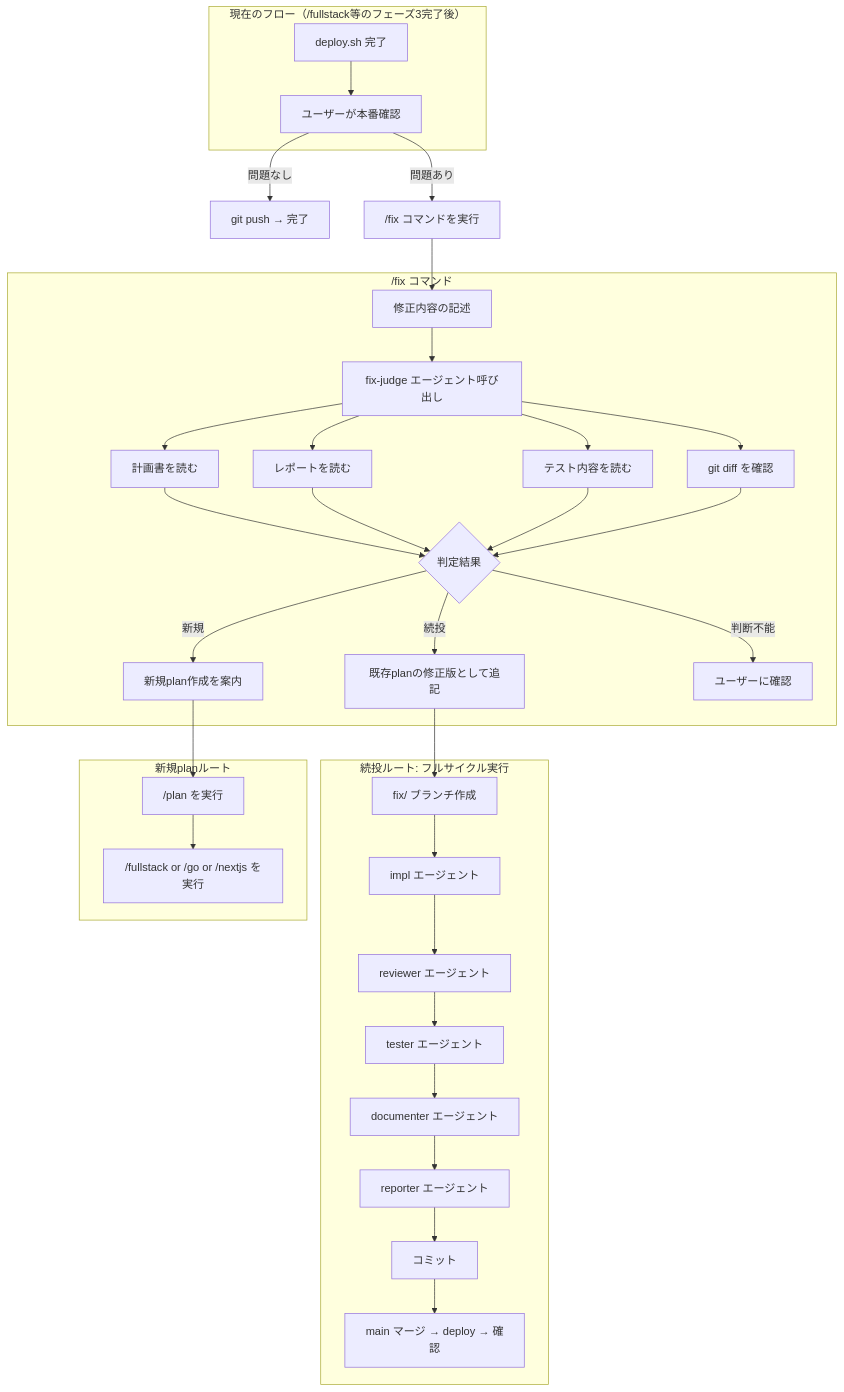
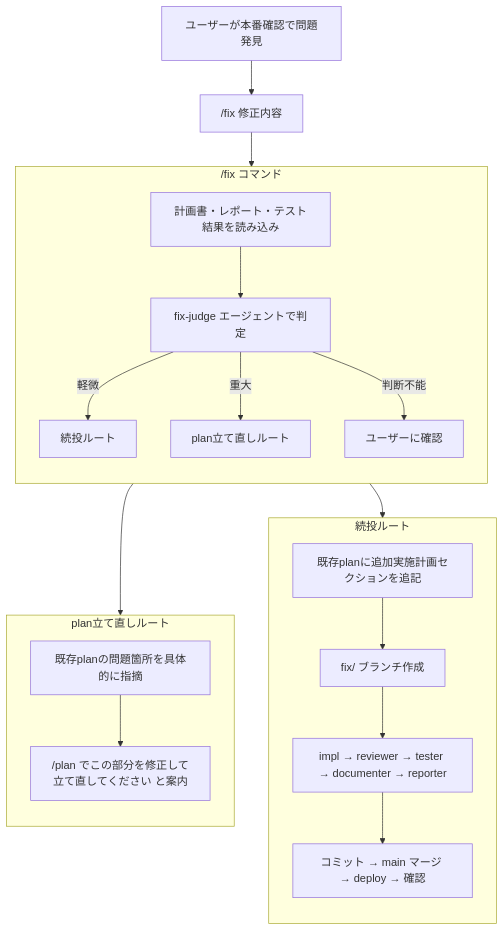
Before and after one commit to nyan-tama/Ghostrunner: the diagram in 開発/検討中/2026-03-02_プラン確認判定エージェント.md, drawn with Mermaid. The commit also changed other lines of this file, not shown here.

Commit message:
docs: fix-judge・/fixコマンドの検討資料を最終方針に更新、追加実施計画方式とフルサイクル必須化を確定

````diff
--- a/開発/検討中/2026-03-02_プラン確認判定エージェント.md
+++ b/開発/検討中/2026-03-02_プラン確認判定エージェント.md
@@ -62,56 +78,36 @@
 ```mermaid
 flowchart TD
-    subgraph Current["現在のフロー（/fullstack等のフェーズ3完了後）"]
-        DEPLOY["deploy.sh 完了"]
-        USER["ユーザーが本番確認"]
-        DEPLOY --> USER
+    USER["ユーザーが本番確認で問題発見"] --> FIX["/fix 修正内容"]
+
+    subgraph FixCommand["/fix コマンド"]
+        direction TB
+        READ["計画書・レポート・テスト結果を読み込み"]
+        JUDGE["fix-judge エージェントで判定"]
+        READ --> JUDGE
+
+        JUDGE -->|軽微| CONTINUE["続投ルート"]
+        JUDGE -->|重大| NEW_PLAN["plan立て直しルート"]
+        JUDGE -->|判断不能| ASK["ユーザーに確認"]
     end
 
-    USER -->|問題なし| PUSH["git push → 完了"]
-    USER -->|問題あり| FIX["/fix コマンドを実行"]
+    FIX --> READ
 
-    subgraph FixCommand["/fix コマンド"]
-        INPUT["修正内容の記述"]
-        JUDGE["fix-judge エージェント呼び出し"]
-        INPUT --> JUDGE
-
-        JUDGE --> READ_PLAN["計画書を読む"]
-        JUDGE --> READ_REPORT["レポートを読む"]
-        JUDGE --> READ_TEST["テスト内容を読む"]
-        JUDGE --> READ_DIFF["git diff を確認"]
-
-        READ_PLAN --> DECISION{"判定結果"}
-        READ_REPORT --> DECISION
-        READ_TEST --> DECISION
-        READ_DIFF --> DECISION
-
-        DECISION -->|続投| CONTINUE["既存planの修正版として追記"]
-        DECISION -->|新規| NEW_PLAN["新規plan作成を案内"]
-        DECISION -->|判断不能| ASK_USER["ユーザーに確認"]
+    subgraph ContinueRoute["続投ルート"]
+        direction TB
+        C1["既存planに追加実施計画セクションを追記"]
+        C2["fix/ ブランチ作成"]
+        C3["impl → reviewer → tester → documenter → reporter"]
+        C4["コミット → main マージ → deploy → 確認"]
+        C1 --> C2 --> C3 --> C4
     end
 
-    FIX --> INPUT
-
-    subgraph ContinueFix["続投ルート: フルサイクル実行"]
-        C_BRANCH["fix/ ブランチ作成"]
-        C_IMPL["impl エージェント"]
-        C_REVIEW["reviewer エージェント"]
-        C_TEST["tester エージェント"]
-        C_DOC["documenter エージェント"]
-        C_REPORT["reporter エージェント"]
-        C_COMMIT["コミット"]
-        C_MERGE["main マージ → deploy → 確認"]
-
-        C_BRANCH --> C_IMPL --> C_REVIEW --> C_TEST --> C_DOC --> C_REPORT --> C_COMMIT --> C_MERGE
+    subgraph NewPlanRoute["plan立て直しルート"]
+        direction TB
+        N1["既存planの問題箇所を具体的に指摘"]
+        N2["/plan でこの部分を修正して立て直してください と案内"]
+        N1 --> N2
     end
 
-    CONTINUE --> C_BRANCH
-
-    subgraph NewPlanFix["新規planルート"]
-        N_PLAN["/plan を実行"]
-        N_IMPL["/fullstack or /go or /nextjs を実行"]
-        N_PLAN --> N_IMPL
-    end
-
-    NEW_PLAN --> N_PLAN
+    CONTINUE --> C1
+    NEW_PLAN --> N1
 ```
````
